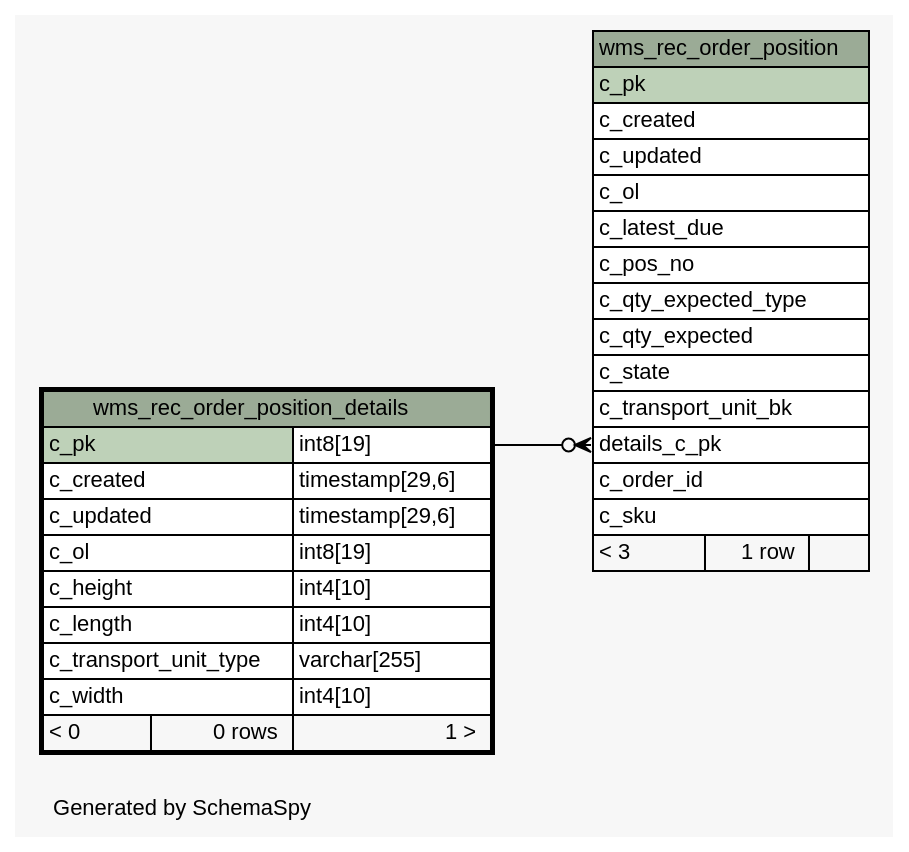
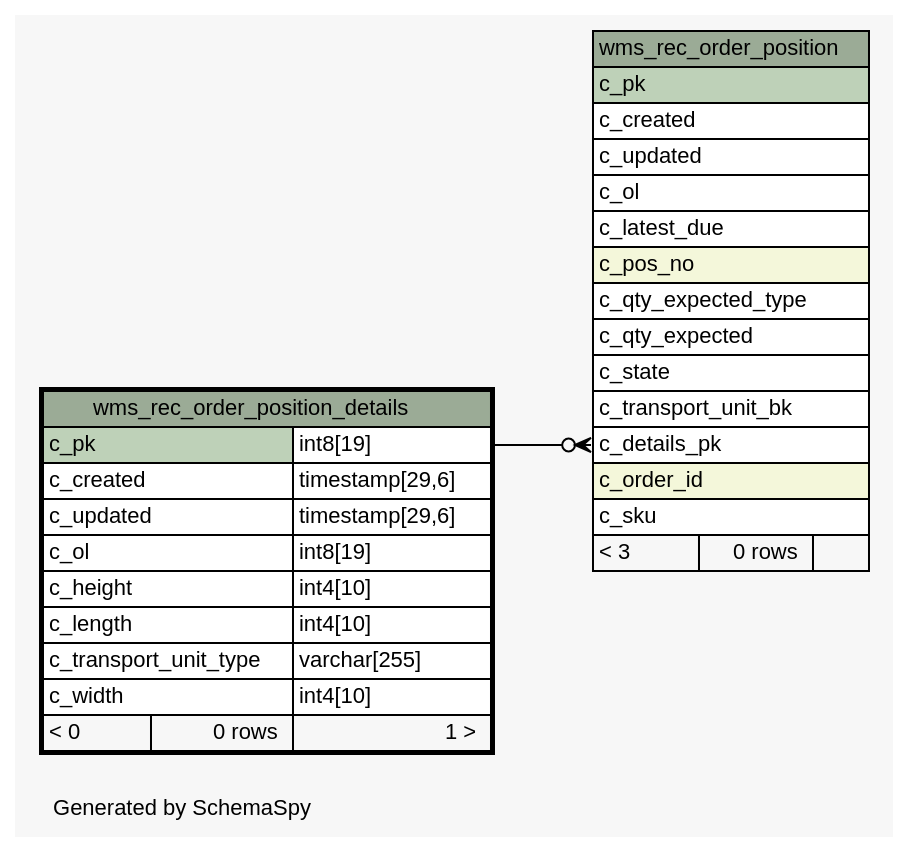
Before and after one commit to openwms/org.openwms.wms.receiving.lib: the diagram in schemaspy/diagrams/wms_rec_order_position_details.1degree.dot, drawn with Graphviz. The commit also changed 200 other files, not shown here.

```diff
--- a/schemaspy/diagrams/wms_rec_order_position_details.1degree.dot
+++ b/schemaspy/diagrams/wms_rec_order_position_details.1degree.dot
@@ -1,62 +1,62 @@
 // dot 2.36.0 on Linux 4.4.0-101-generic
 // SchemaSpy rev Unknown
 digraph "oneDegreeRelationshipsDiagram" {
   graph [
     rankdir="RL"
     bgcolor="#f7f7f7"
     label="\nGenerated by SchemaSpy"
     labeljust="l"
     nodesep="0.18"
     ranksep="0.46"
     fontname="Helvetica"
     fontsize="11"
   ];
   node [
     fontname="Helvetica"
     fontsize="11"
     shape="plaintext"
   ];
   edge [
     arrowsize="0.8"
   ];
-  "wms_rec_order_position":"details_c_pk":w -> "wms_rec_order_position_details":"c_pk.type":e [arrowhead=none dir=back arrowtail=crowodot];
+  "wms_rec_order_position":"c_details_pk":w -> "wms_rec_order_position_details":"c_pk.type":e [arrowhead=none dir=back arrowtail=crowodot];
   "wms_rec_order_position" [
     label=<
     <TABLE BORDER="0" CELLBORDER="1" CELLSPACING="0" BGCOLOR="#ffffff">
       <TR><TD COLSPAN="3" BGCOLOR="#9bab96" ALIGN="CENTER">wms_rec_order_position</TD></TR>
       <TR><TD PORT="c_pk" COLSPAN="3" BGCOLOR="#bed1b8" ALIGN="LEFT">c_pk</TD></TR>
       <TR><TD PORT="c_created" COLSPAN="3" ALIGN="LEFT">c_created</TD></TR>
       <TR><TD PORT="c_updated" COLSPAN="3" ALIGN="LEFT">c_updated</TD></TR>
       <TR><TD PORT="c_ol" COLSPAN="3" ALIGN="LEFT">c_ol</TD></TR>
       <TR><TD PORT="c_latest_due" COLSPAN="3" ALIGN="LEFT">c_latest_due</TD></TR>
-      <TR><TD PORT="c_pos_no" COLSPAN="3" ALIGN="LEFT">c_pos_no</TD></TR>
+      <TR><TD PORT="c_pos_no" COLSPAN="3" BGCOLOR="#f4f7da" ALIGN="LEFT">c_pos_no</TD></TR>
       <TR><TD PORT="c_qty_expected_type" COLSPAN="3" ALIGN="LEFT">c_qty_expected_type</TD></TR>
       <TR><TD PORT="c_qty_expected" COLSPAN="3" ALIGN="LEFT">c_qty_expected</TD></TR>
       <TR><TD PORT="c_state" COLSPAN="3" ALIGN="LEFT">c_state</TD></TR>
       <TR><TD PORT="c_transport_unit_bk" COLSPAN="3" ALIGN="LEFT">c_transport_unit_bk</TD></TR>
-      <TR><TD PORT="details_c_pk" COLSPAN="3" ALIGN="LEFT">details_c_pk</TD></TR>
-      <TR><TD PORT="c_order_id" COLSPAN="3" ALIGN="LEFT">c_order_id</TD></TR>
+      <TR><TD PORT="c_details_pk" COLSPAN="3" ALIGN="LEFT">c_details_pk</TD></TR>
+      <TR><TD PORT="c_order_id" COLSPAN="3" BGCOLOR="#f4f7da" ALIGN="LEFT">c_order_id</TD></TR>
       <TR><TD PORT="c_sku" COLSPAN="3" ALIGN="LEFT">c_sku</TD></TR>
-      <TR><TD ALIGN="LEFT" BGCOLOR="#f7f7f7">&lt; 3</TD><TD ALIGN="RIGHT" BGCOLOR="#f7f7f7">1 row</TD><TD ALIGN="RIGHT" BGCOLOR="#f7f7f7">  </TD></TR>
+      <TR><TD ALIGN="LEFT" BGCOLOR="#f7f7f7">&lt; 3</TD><TD ALIGN="RIGHT" BGCOLOR="#f7f7f7">0 rows</TD><TD ALIGN="RIGHT" BGCOLOR="#f7f7f7">  </TD></TR>
     </TABLE>>
     URL="wms_rec_order_position.html"
     tooltip="wms_rec_order_position"
   ];
   "wms_rec_order_position_details" [
     label=<
     <TABLE BORDER="2" CELLBORDER="1" CELLSPACING="0" BGCOLOR="#ffffff">
       <TR><TD COLSPAN="3" BGCOLOR="#9bab96" ALIGN="CENTER">wms_rec_order_position_details</TD></TR>
       <TR><TD PORT="c_pk" COLSPAN="2" BGCOLOR="#bed1b8" ALIGN="LEFT">c_pk</TD><TD PORT="c_pk.type" ALIGN="LEFT">int8[19]</TD></TR>
       <TR><TD PORT="c_created" COLSPAN="2" ALIGN="LEFT">c_created</TD><TD PORT="c_created.type" ALIGN="LEFT">timestamp[29,6]</TD></TR>
       <TR><TD PORT="c_updated" COLSPAN="2" ALIGN="LEFT">c_updated</TD><TD PORT="c_updated.type" ALIGN="LEFT">timestamp[29,6]</TD></TR>
       <TR><TD PORT="c_ol" COLSPAN="2" ALIGN="LEFT">c_ol</TD><TD PORT="c_ol.type" ALIGN="LEFT">int8[19]</TD></TR>
       <TR><TD PORT="c_height" COLSPAN="2" ALIGN="LEFT">c_height</TD><TD PORT="c_height.type" ALIGN="LEFT">int4[10]</TD></TR>
       <TR><TD PORT="c_length" COLSPAN="2" ALIGN="LEFT">c_length</TD><TD PORT="c_length.type" ALIGN="LEFT">int4[10]</TD></TR>
       <TR><TD PORT="c_transport_unit_type" COLSPAN="2" ALIGN="LEFT">c_transport_unit_type</TD><TD PORT="c_transport_unit_type.type" ALIGN="LEFT">varchar[255]</TD></TR>
       <TR><TD PORT="c_width" COLSPAN="2" ALIGN="LEFT">c_width</TD><TD PORT="c_width.type" ALIGN="LEFT">int4[10]</TD></TR>
       <TR><TD ALIGN="LEFT" BGCOLOR="#f7f7f7">&lt; 0</TD><TD ALIGN="RIGHT" BGCOLOR="#f7f7f7">0 rows</TD><TD ALIGN="RIGHT" BGCOLOR="#f7f7f7">1 &gt;</TD></TR>
     </TABLE>>
     URL="wms_rec_order_position_details.html"
     tooltip="wms_rec_order_position_details"
   ];
 }
```
